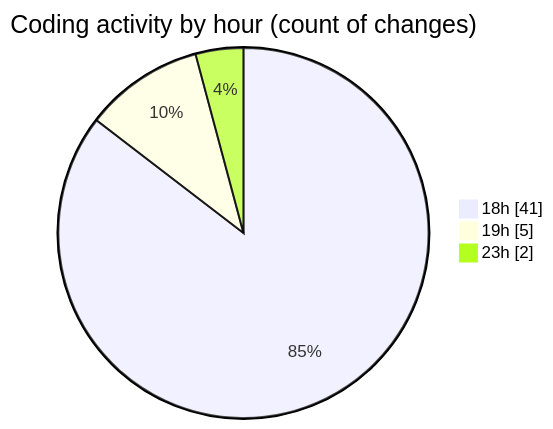
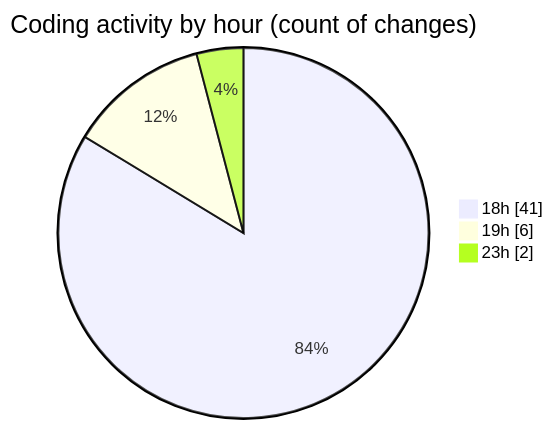
Before and after one commit to Ritupan-Deka/code-tracking: the second of 2 diagrams in 2025-11-01/backend/README.md, drawn with Mermaid. The commit also changed other lines of this file and 1 other file, not shown here.

````diff
--- a/2025-11-01/backend/README.md
+++ b/2025-11-01/backend/README.md
@@ -41,7 +42,7 @@
 ```mermaid
 pie showData
 title Coding activity by hour (count of changes)
 "18h" : 41
-"19h" : 5
+"19h" : 6
 "23h" : 2
 ```
````
